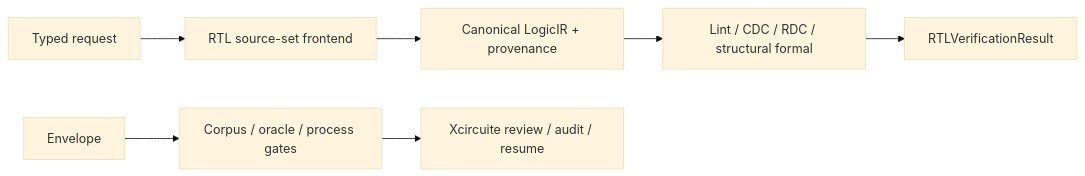
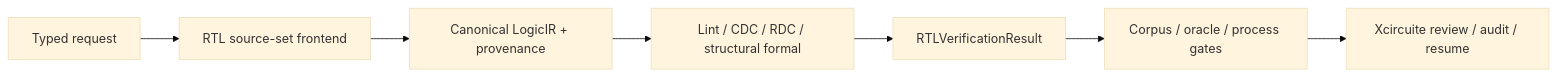
Before and after one commit to 1amageek/RTLVerificationEngine: the first of 4 diagrams in README.md, drawn with Mermaid (base theme). The commit also changed other lines of this file and 70 other files, not shown here.

````diff
--- a/README.md
+++ b/README.md
@@ -32,9 +30,9 @@
 ```mermaid
 flowchart LR
     Request["Typed request"] --> Frontend["RTL source-set frontend"]
     Frontend --> IR["Canonical LogicIR + provenance"]
     IR --> Native["Lint / CDC / RDC / structural formal"]
     Native --> Result["RTLVerificationResult"]
-    Envelope --> Qualification["Corpus / oracle / process gates"]
+    Result --> Qualification["Corpus / oracle / process gates"]
     Qualification --> Review["Xcircuite review / audit / resume"]
 ```
````
